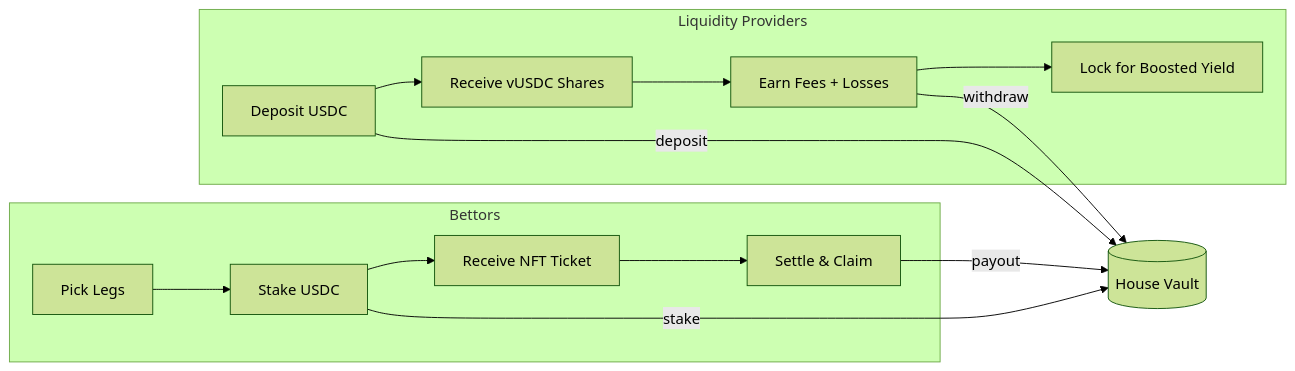
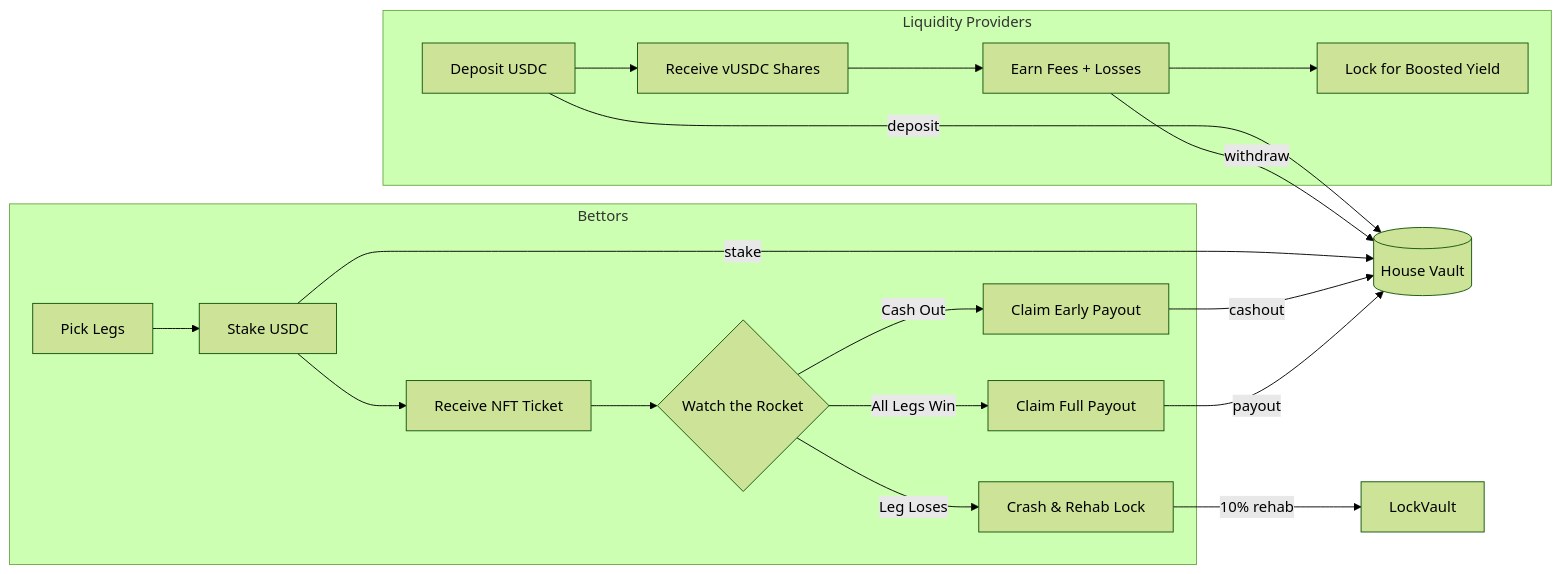
One commit to roman-popenov/parlaycity changed the first of 7 diagrams in README.md. Above: the diagram before and after it, drawn with Mermaid (forest theme). The commit also changed other lines of this file, not shown here.

First line of the commit message:
docs: Update README with crash game, 0G AI, rehab mode, and agent docs

````diff
--- a/README.md
+++ b/README.md
@@ -13,19 +13,24 @@
 ```mermaid
 graph LR
     subgraph Bettors
         A[Pick Legs] --> B[Stake USDC]
         B --> C[Receive NFT Ticket]
-        C --> D[Settle & Claim]
+        C --> D{Watch the Rocket}
+        D -->|Cash Out| E[Claim Early Payout]
+        D -->|All Legs Win| F[Claim Full Payout]
+        D -->|Leg Loses| G[Crash & Rehab Lock]
     end
 
     subgraph Liquidity Providers
-        E[Deposit USDC] --> F[Receive vUSDC Shares]
-        F --> G[Earn Fees + Losses]
-        G --> H[Lock for Boosted Yield]
+        H[Deposit USDC] --> I[Receive vUSDC Shares]
+        I --> J[Earn Fees + Losses]
+        J --> K[Lock for Boosted Yield]
     end
 
     B -- stake --> Vault[(House Vault)]
-    D -- payout --> Vault
-    E -- deposit --> Vault
-    G -- withdraw --> Vault
+    E -- cashout --> Vault
+    F -- payout --> Vault
+    G -- 10% rehab --> Lock[LockVault]
+    H -- deposit --> Vault
+    J -- withdraw --> Vault
 ```
````
